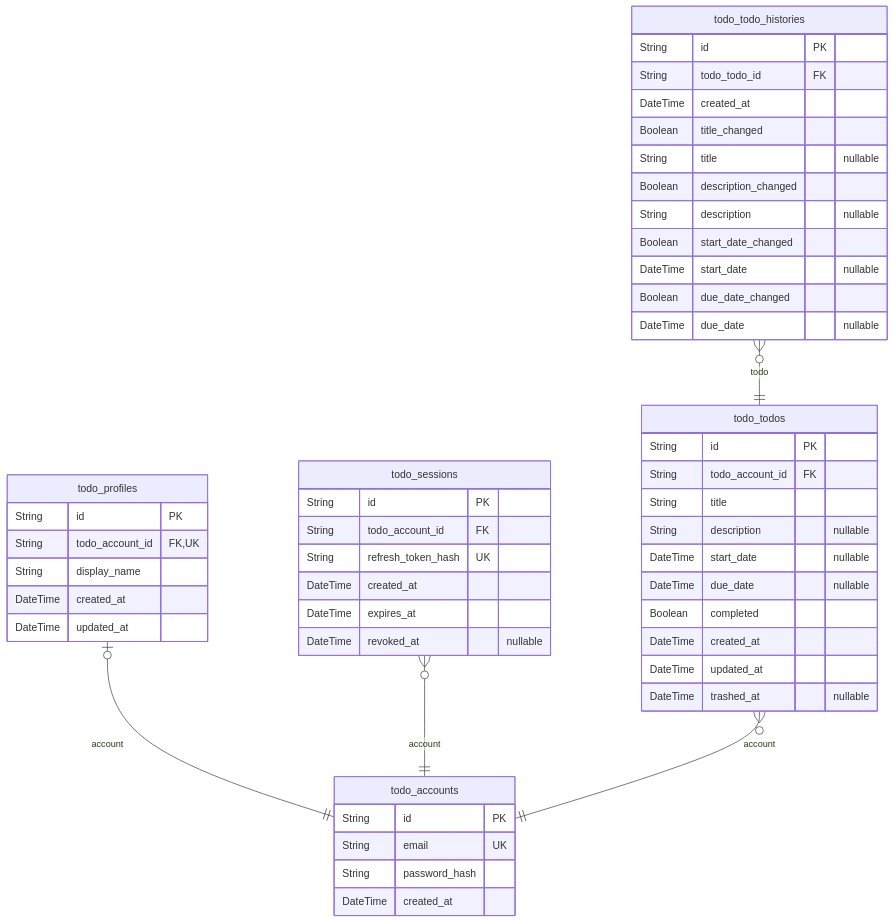
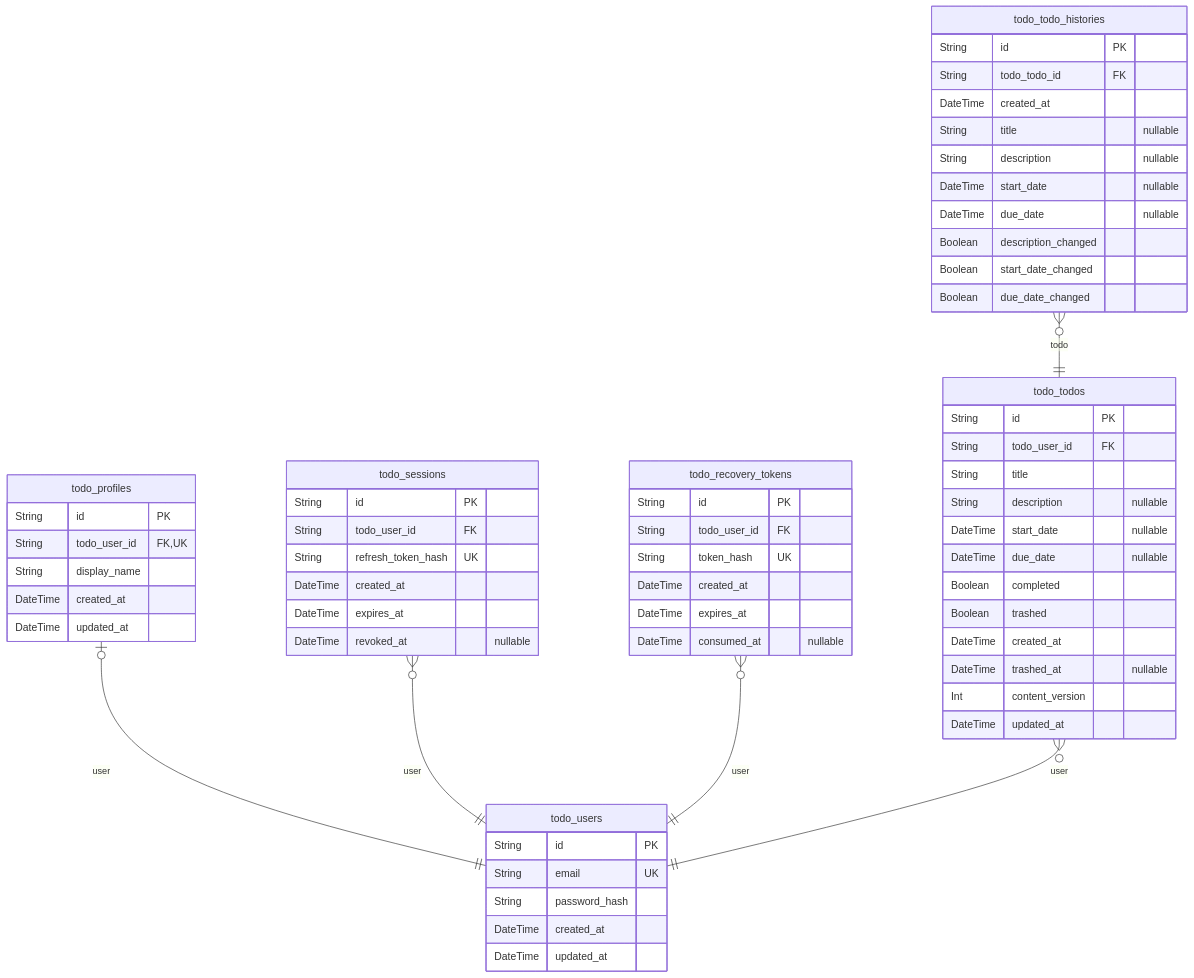
The diagram in codex/gpt-5.6-luna/todo/evidence/docs/ERD.md (samchon/evidence-benchmark-results), drawn with Mermaid before and after one commit. The commit also changed other lines of this file and 6497 other files, not shown here.

````diff
--- a/codex/gpt-5.6-luna/todo/evidence/docs/ERD.md
+++ b/codex/gpt-5.6-luna/todo/evidence/docs/ERD.md
@@ -9,53 +9,64 @@
 ```mermaid
 erDiagram
-"todo_accounts" {
+"todo_users" {
   String id PK
   String email UK
   String password_hash
   DateTime created_at
+  DateTime updated_at
 }
 "todo_profiles" {
   String id PK
-  String todo_account_id FK,UK
+  String todo_user_id FK,UK
   String display_name
   DateTime created_at
   DateTime updated_at
 }
 "todo_sessions" {
   String id PK
-  String todo_account_id FK
+  String todo_user_id FK
   String refresh_token_hash UK
   DateTime created_at
   DateTime expires_at
   DateTime revoked_at "nullable"
 }
+"todo_recovery_tokens" {
+  String id PK
+  String todo_user_id FK
+  String token_hash UK
+  DateTime created_at
+  DateTime expires_at
+  DateTime consumed_at "nullable"
+}
 "todo_todos" {
   String id PK
-  String todo_account_id FK
+  String todo_user_id FK
   String title
   String description "nullable"
   DateTime start_date "nullable"
   DateTime due_date "nullable"
   Boolean completed
+  Boolean trashed
   DateTime created_at
+  DateTime trashed_at "nullable"
+  Int content_version
   DateTime updated_at
-  DateTime trashed_at "nullable"
 }
 "todo_todo_histories" {
   String id PK
   String todo_todo_id FK
   DateTime created_at
-  Boolean title_changed
   String title "nullable"
+  String description "nullable"
+  DateTime start_date "nullable"
+  DateTime due_date "nullable"
   Boolean description_changed
-  String description "nullable"
   Boolean start_date_changed
-  DateTime start_date "nullable"
   Boolean due_date_changed
-  DateTime due_date "nullable"
 }
-"todo_profiles" |o--|| "todo_accounts" : account
-"todo_sessions" }o--|| "todo_accounts" : account
-"todo_todos" }o--|| "todo_accounts" : account
+"todo_profiles" |o--|| "todo_users" : user
+"todo_sessions" }o--|| "todo_users" : user
+"todo_recovery_tokens" }o--|| "todo_users" : user
+"todo_todos" }o--|| "todo_users" : user
 "todo_todo_histories" }o--|| "todo_todos" : todo
 ```
````
